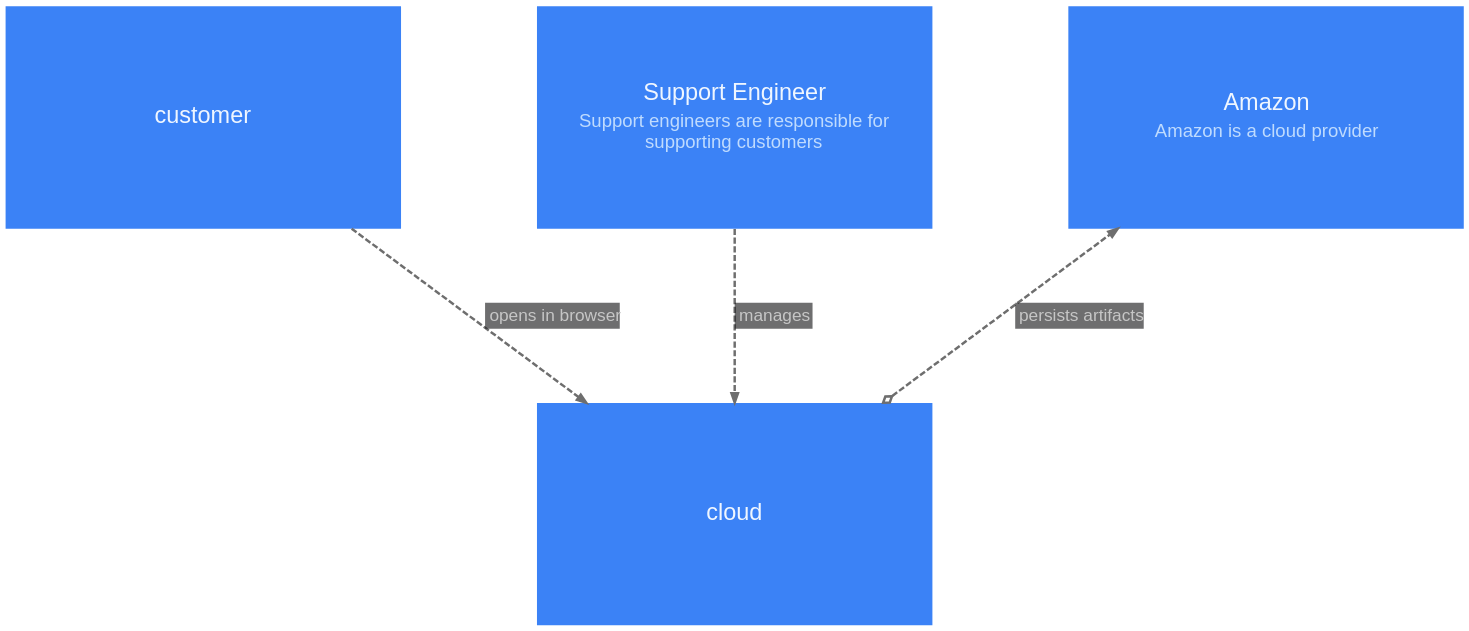
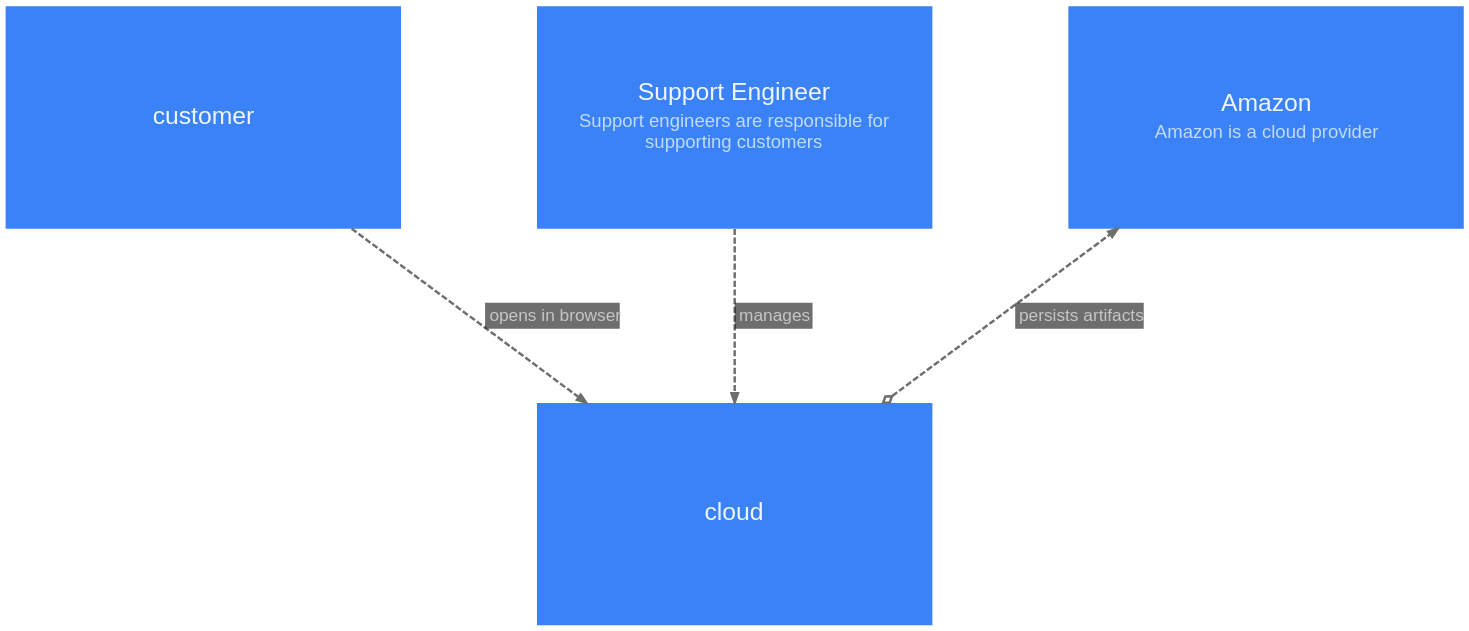
The diagram in packages/layouts/src/graphviz/__snapshots__/ElementViewPrinter-index.dot (likec4/likec4), drawn with Graphviz before and after one commit. The commit also changed 41 other files, not shown here.

```diff
--- a/packages/layouts/src/graphviz/__snapshots__/ElementViewPrinter-index.dot
+++ b/packages/layouts/src/graphviz/__snapshots__/ElementViewPrinter-index.dot
@@ -1,90 +1,90 @@
 digraph {
   likec4_viewId = "index";
   bgcolor = "transparent";
   layout = "dot";
   compound = true;
   rankdir = "TB";
   TBbalance = "min";
   splines = "spline";
   outputorder = "nodesfirst";
   nodesep = 1.528;
   ranksep = 1.667;
   pad = 0.209;
   fontname = "Arial";
   graph [
     fontsize = 15;
     labeljust = "l";
     labelloc = "t";
     margin = 50.1;
   ];
   edge [
     arrowsize = 0.75;
     fontname = "Arial";
     fontsize = 14;
     penwidth = 2;
     color = "#6E6E6E";
     fontcolor = "#C6C6C6";
   ];
   node [
     fontname = "Arial";
     shape = "rect";
     fillcolor = "#3b82f6";
     fontcolor = "#eff6ff";
     color = "#2563eb";
     style = "filled";
     penwidth = 0;
   ];
   "customer" [
     likec4_id = "customer";
     likec4_level = 0;
-    label = <<FONT POINT-SIZE="19">customer</FONT>>;
+    label = <<FONT POINT-SIZE="20">customer</FONT>>;
     margin = "0.223,0.223";
     width = 4.445;
     height = 2.5;
   ];
   "support" [
     likec4_id = "support";
     likec4_level = 0;
-    label = <<TABLE BORDER="0" CELLPADDING="0" CELLSPACING="4"><TR><TD><FONT POINT-SIZE="19">Support Engineer</FONT></TD></TR><TR><TD><FONT POINT-SIZE="15" COLOR="#bfdbfe">Support engineers are responsible for<BR/>supporting customers</FONT></TD></TR></TABLE>>;
+    label = <<TABLE BORDER="0" CELLPADDING="0" CELLSPACING="4"><TR><TD><FONT POINT-SIZE="20">Support Engineer</FONT></TD></TR><TR><TD><FONT POINT-SIZE="15" COLOR="#bfdbfe">Support engineers are responsible for<BR/>supporting customers</FONT></TD></TR></TABLE>>;
     margin = "0.223,0.223";
     width = 4.445;
     height = 2.5;
   ];
   "cloud" [
     likec4_id = "cloud";
     likec4_level = 0;
-    label = <<FONT POINT-SIZE="19">cloud</FONT>>;
+    label = <<FONT POINT-SIZE="20">cloud</FONT>>;
     margin = "0.223,0.223";
     width = 4.445;
     height = 2.5;
   ];
   "amazon" [
     likec4_id = "amazon";
     likec4_level = 0;
-    label = <<TABLE BORDER="0" CELLPADDING="0" CELLSPACING="4"><TR><TD><FONT POINT-SIZE="19">Amazon</FONT></TD></TR><TR><TD><FONT POINT-SIZE="15" COLOR="#bfdbfe">Amazon is a cloud provider</FONT></TD></TR></TABLE>>;
+    label = <<TABLE BORDER="0" CELLPADDING="0" CELLSPACING="4"><TR><TD><FONT POINT-SIZE="20">Amazon</FONT></TD></TR><TR><TD><FONT POINT-SIZE="15" COLOR="#bfdbfe">Amazon is a cloud provider</FONT></TD></TR></TABLE>>;
     margin = "0.223,0.223";
     width = 4.445;
     height = 2.5;
   ];
   "cloud" -> "amazon" [
     likec4_id = "cloud:amazon";
     style = "dashed";
     label = <<TABLE BORDER="0" CELLPADDING="3" CELLSPACING="0" BGCOLOR="#18191bA0"><TR><TD ALIGN="TEXT" BALIGN="LEFT"><FONT POINT-SIZE="14">persists artifacts</FONT></TD></TR></TABLE>>;
     arrowhead = "normal";
     arrowtail = "odiamond";
     dir = "both";
     minlen = 0;
   ];
   "customer" -> "cloud" [
     likec4_id = "customer:cloud";
     style = "dashed";
     label = <<TABLE BORDER="0" CELLPADDING="3" CELLSPACING="0" BGCOLOR="#18191bA0"><TR><TD ALIGN="TEXT" BALIGN="LEFT"><FONT POINT-SIZE="14">opens in browser</FONT></TD></TR></TABLE>>;
     arrowhead = "normal";
   ];
   "support" -> "cloud" [
     likec4_id = "support:cloud";
     style = "dashed";
     label = <<TABLE BORDER="0" CELLPADDING="3" CELLSPACING="0" BGCOLOR="#18191bA0"><TR><TD ALIGN="TEXT" BALIGN="LEFT"><FONT POINT-SIZE="14">manages</FONT></TD></TR></TABLE>>;
     arrowhead = "normal";
   ];
 }
```
